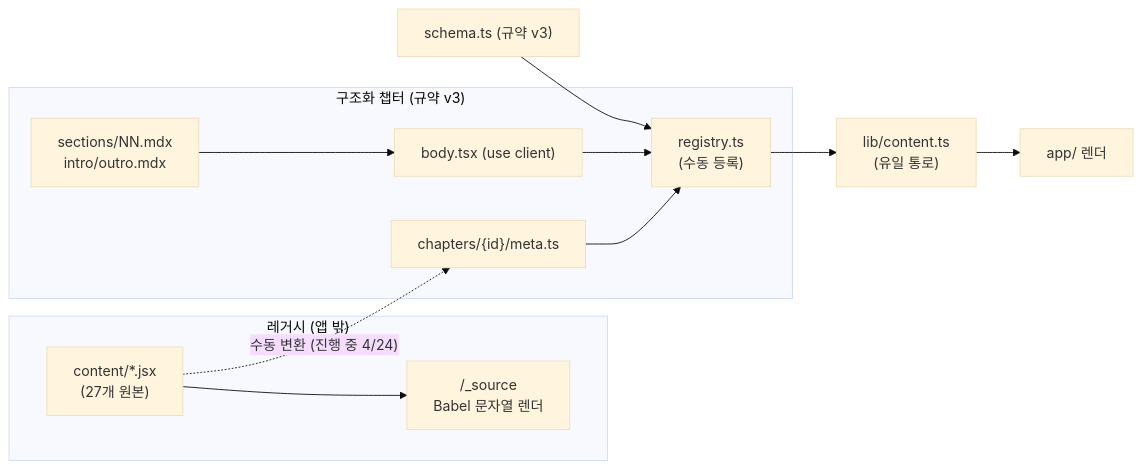
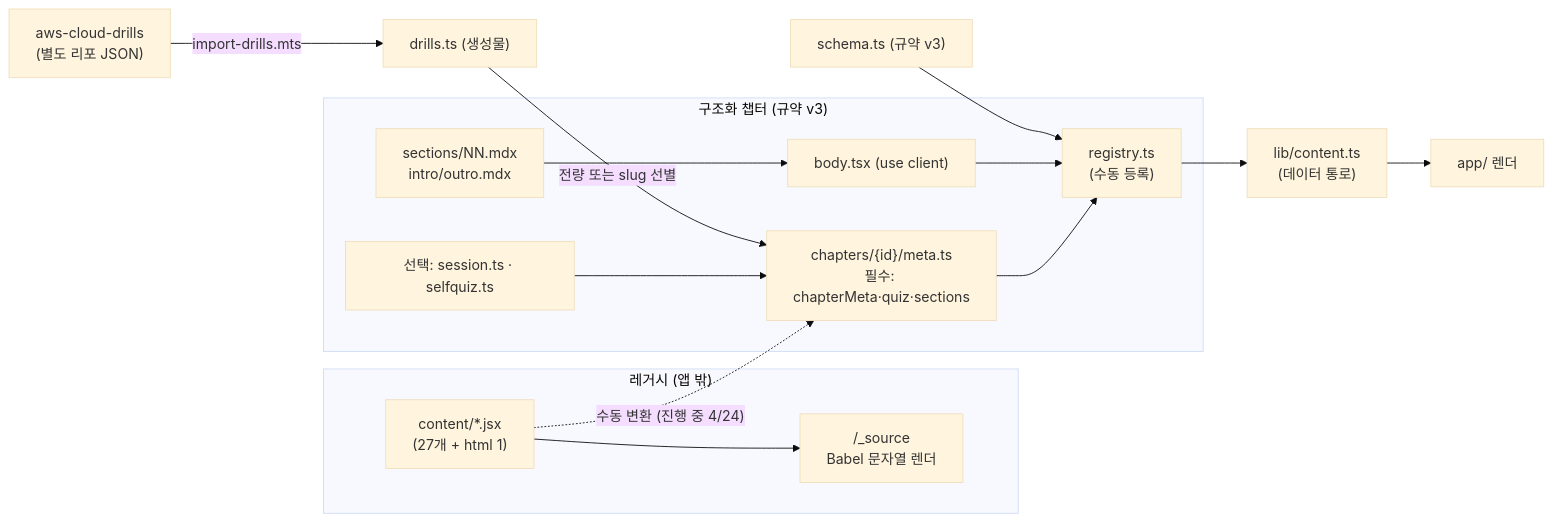
The third of 4 diagrams in docs/ARCHITECTURE.md (padahkim/aws-reps), drawn with Mermaid (base theme) before and after one commit. The commit also changed other lines of this file and 1 other file, not shown here.

````diff
--- a/docs/ARCHITECTURE.md
+++ b/docs/ARCHITECTURE.md
@@ -142,20 +182,25 @@
 ```mermaid
 flowchart LR
   subgraph legacy["레거시 (앱 밖)"]
-    jsx["content/*.jsx<br/>(27개 원본)"] --> src["/_source<br/>Babel 문자열 렌더"]
+    jsx["content/*.jsx<br/>(27개 + html 1)"] --> src["/_source<br/>Babel 문자열 렌더"]
   end
 
   subgraph structured["구조화 챕터 (규약 v3)"]
-    meta["chapters/{id}/meta.ts"]
+    meta["chapters/{id}/meta.ts<br/>필수: chapterMeta·quiz·sections"]
+    opt["선택: session.ts · selfquiz.ts"]
     mdx["sections/NN.mdx<br/>intro/outro.mdx"]
     bodytsx["body.tsx (use client)"]
+    opt --> meta
     meta --> reg
     bodytsx --> reg
   end
 
+  drillsrc["aws-cloud-drills<br/>(별도 리포 JSON)"] -->|"import-drills.mts"| drills["drills.ts (생성물)"]
+  drills -->|"전량 또는 slug 선별"| meta
+
   jsx -.->|"수동 변환 (진행 중 4/24)"| meta
-  reg["registry.ts<br/>(수동 등록)"] --> libc["lib/content.ts<br/>(유일 통로)"]
+  reg["registry.ts<br/>(수동 등록)"] --> libc["lib/content.ts<br/>(데이터 통로)"]
   schema["schema.ts (규약 v3)"] --> reg
   libc --> app["app/ 렌더"]
   mdx --> bodytsx
 ```
````
